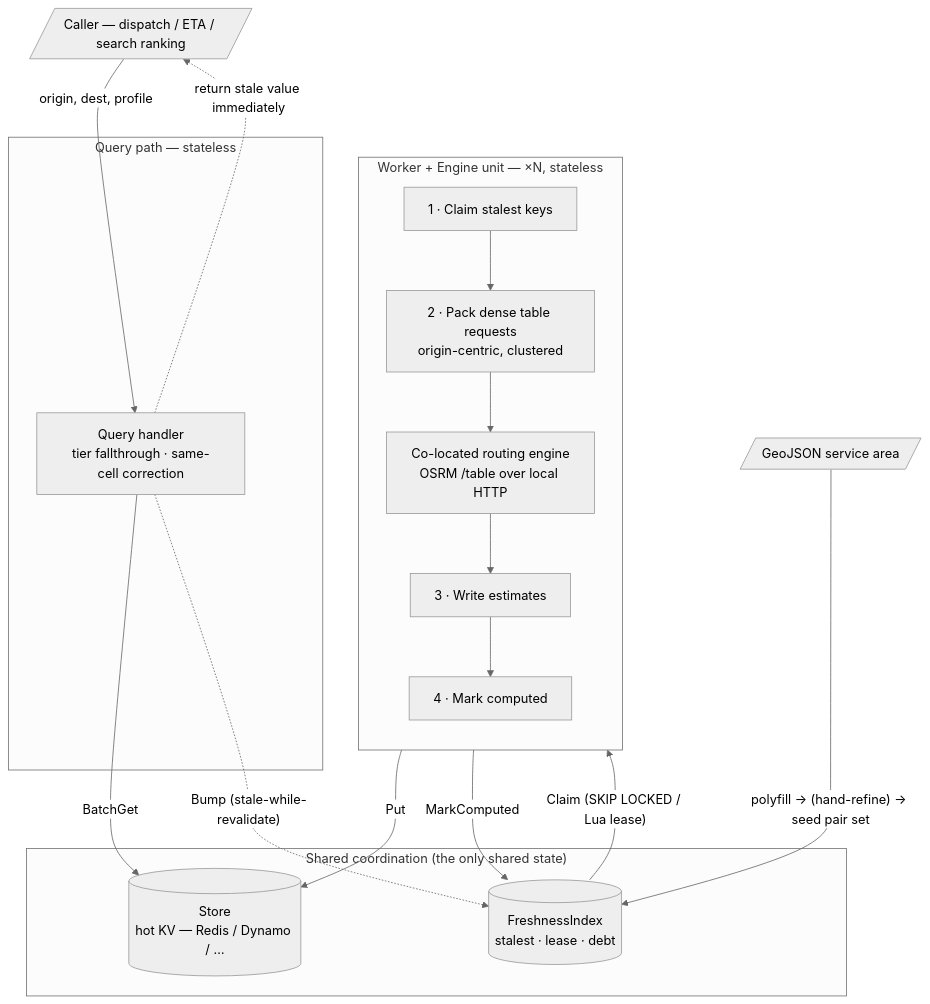
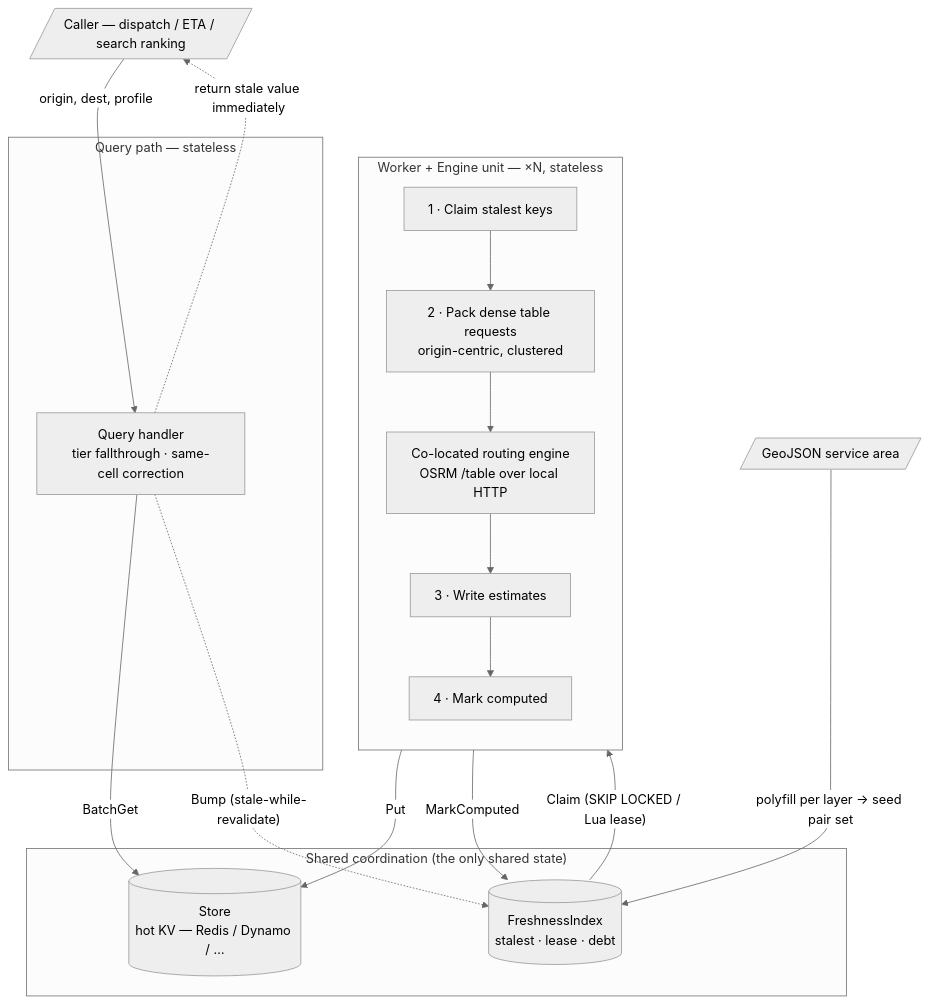
Before and after one commit to primandproper/beeline: the diagram in beeline-design.md, drawn with Mermaid (neutral theme). The commit also changed other lines of this file and 28 other files, not shown here.

````diff
--- a/beeline-design.md
+++ b/beeline-design.md
@@ -85,34 +85,34 @@
 ```mermaid
 flowchart TB
     caller[/"Caller — dispatch / ETA / search ranking"/]
     geojson[/"GeoJSON service area"/]
 
     subgraph shared["Shared coordination (the only shared state)"]
         idx[("FreshnessIndex<br/>stalest · lease · debt")]
         store[("Store<br/>hot KV — Redis / Dynamo / …")]
     end
 
     subgraph worker["Worker + Engine unit — ×N, stateless"]
         direction TB
         w1["1 · Claim stalest keys"]
         w2["2 · Pack dense table requests<br/>origin-centric, clustered"]
         eng["Co-located routing engine<br/>OSRM /table over local HTTP"]
         w3["3 · Write estimates"]
         w4["4 · Mark computed"]
         w1 --> w2 --> eng --> w3 --> w4
     end
 
     subgraph query["Query path — stateless"]
         q["Query handler<br/>tier fallthrough · same-cell correction"]
     end
 
-    geojson -->|"polyfill → (hand-refine) → seed pair set"| idx
+    geojson -->|"polyfill per layer → seed pair set"| idx
     idx -->|"Claim (SKIP LOCKED / Lua lease)"| w1
     w3 -->|Put| store
     w4 -->|MarkComputed| idx
 
     caller -->|"origin, dest, profile"| q
     q -->|BatchGet| store
     q -.->|"return stale value immediately"| caller
     q -.->|"Bump (stale-while-revalidate)"| idx
 ```
````
